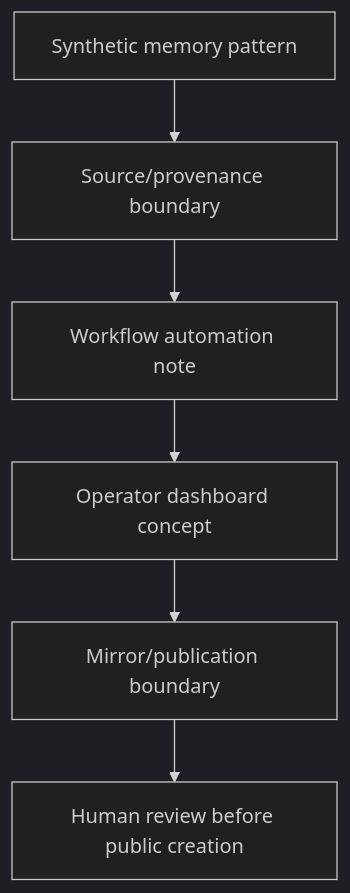
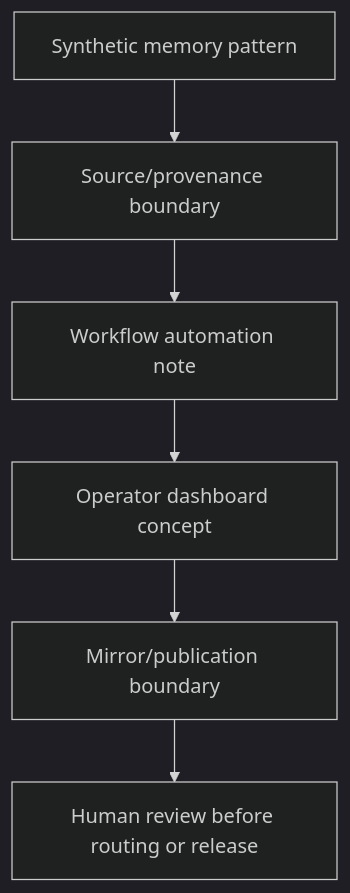
Before and after one commit to Franzabner/automated-engineering-systems: the diagram in diagrams/automation-review-loop.mmd, drawn with Mermaid (dark theme). The commit also changed other lines of this file and 8 other files, not shown here.

```diff
--- a/diagrams/automation-review-loop.mmd
+++ b/diagrams/automation-review-loop.mmd
@@ -1,6 +1,6 @@
 flowchart TD
   Memory["Synthetic memory pattern"] --> Source["Source/provenance boundary"]
   Source --> Automation["Workflow automation note"]
   Automation --> Dashboard["Operator dashboard concept"]
   Dashboard --> Mirror["Mirror/publication boundary"]
-  Mirror --> Human["Human review before public creation"]
+  Mirror --> Human["Human review before routing or release"]
```
